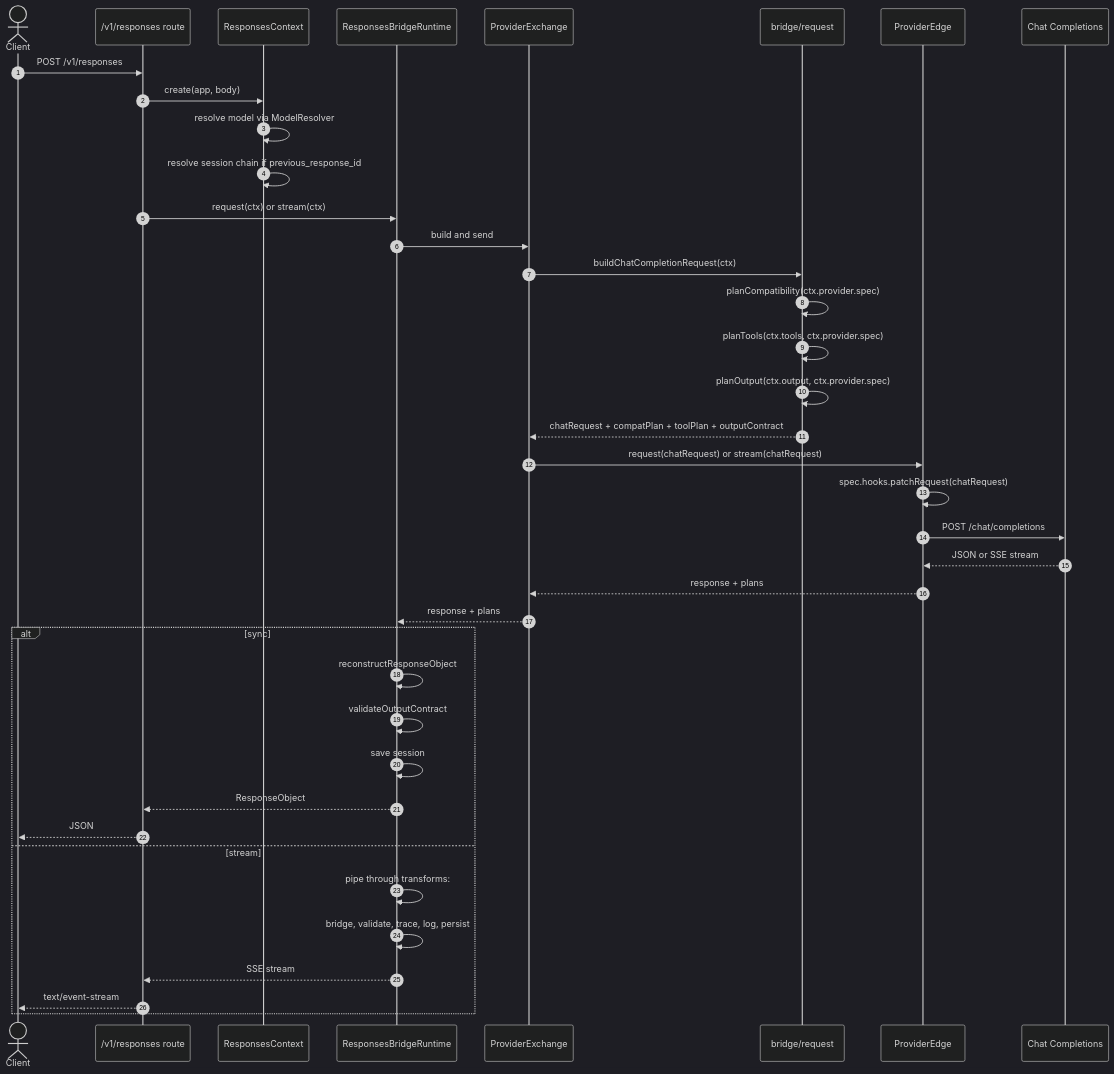
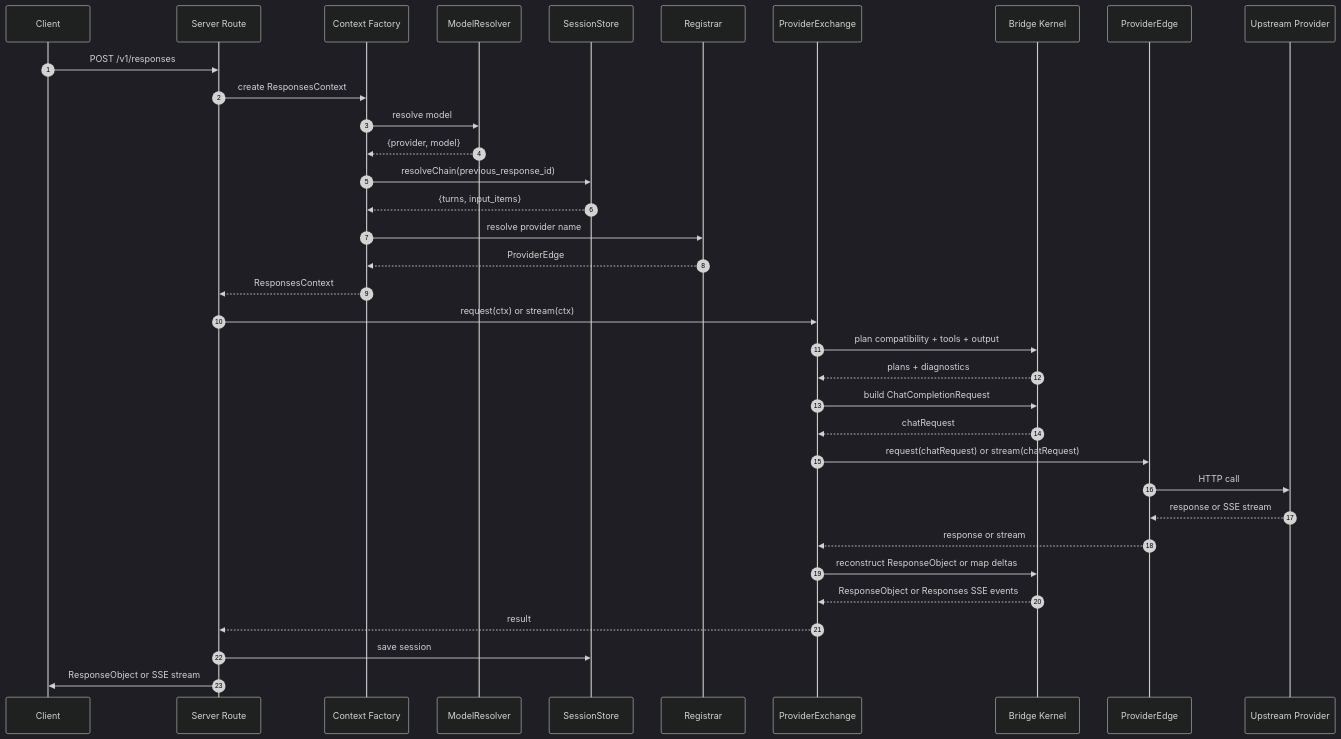
Before and after one commit to zamelee/GodeX: the second of 3 diagrams in wiki/onboarding/staff-engineer-guide.md, drawn with Mermaid (dark theme). The commit also changed other lines of this file and 120 other files, not shown here.

Commit message:
docs: comprehensive VitePress wiki with dark theme, EN/ZH sync, and Mermaid fixes (#118)

````diff
--- a/wiki/onboarding/staff-engineer-guide.md
+++ b/wiki/onboarding/staff-engineer-guide.md
@@ -214,42 +206,39 @@
 ```mermaid
 sequenceDiagram
   autonumber
-  actor Client
-  participant Route as /v1/responses route
-  participant Ctx as ResponsesContext
-  participant Runtime as ResponsesBridgeRuntime
-  participant Exchange as ProviderExchange
-  participant Bridge as bridge/request
-  participant Edge as ProviderEdge
-  participant Upstream as Chat Completions
+  participant C as Client
+  participant S as Server Route
+  participant PF as Context Factory
+  participant R as ModelResolver
+  participant SS as SessionStore
+  participant RG as Registrar
+  participant EX as ProviderExchange
+  participant BK as Bridge Kernel
+  participant PE as ProviderEdge
+  participant UP as Upstream Provider
 
-  Client->>Route: POST /v1/responses
-  Route->>Ctx: create(app, body)
-  Ctx->>Ctx: resolve model via ModelResolver
-  Ctx->>Ctx: resolve session chain if previous_response_id
-  Route->>Runtime: request(ctx) or stream(ctx)
-  Runtime->>Exchange: build and send
-  Exchange->>Bridge: buildChatCompletionRequest(ctx)
-  Bridge->>Bridge: planCompatibility(ctx.provider.spec)
-  Bridge->>Bridge: planTools(ctx.tools, ctx.provider.spec)
-  Bridge->>Bridge: planOutput(ctx.output, ctx.provider.spec)
-  Bridge-->>Exchange: chatRequest + compatPlan + toolPlan + outputContract
-  Exchange->>Edge: request(chatRequest) or stream(chatRequest)
-  Edge->>Edge: spec.hooks.patchRequest(chatRequest)
-  Edge->>Upstream: POST /chat/completions
-  Upstream-->>Edge: JSON or SSE stream
-  Edge-->>Exchange: response + plans
-  Exchange-->>Runtime: response + plans
-  alt sync
-    Runtime->>Runtime: reconstructResponseObject
-    Runtime->>Runtime: validateOutputContract
-    Runtime->>Runtime: save session
-    Runtime-->>Route: ResponseObject
-    Route-->>Client: JSON
-  else stream
-    Runtime->>Runtime: pipe through transforms:
-    Runtime->>Runtime: bridge, validate, trace, log, persist
-    Runtime-->>Route: SSE stream
-    Route-->>Client: text/event-stream
-  end
+  C->>S: POST /v1/responses
+  S->>PF: create ResponsesContext
+  PF->>R: resolve model
+  R-->>PF: {provider, model}
+  PF->>SS: resolveChain(previous_response_id)
+  SS-->>PF: {turns, input_items}
+  PF->>RG: resolve provider name
+  RG-->>PF: ProviderEdge
+  PF-->>S: ResponsesContext
+
+  S->>EX: request(ctx) or stream(ctx)
+  EX->>BK: plan compatibility + tools + output
+  BK-->>EX: plans + diagnostics
+  EX->>BK: build ChatCompletionRequest
+  BK-->>EX: chatRequest
+  EX->>PE: request(chatRequest) or stream(chatRequest)
+  PE->>UP: HTTP call
+  UP-->>PE: response or SSE stream
+  PE-->>EX: response or stream
+  EX->>BK: reconstruct ResponseObject or map deltas
+  BK-->>EX: ResponseObject or Responses SSE events
+  EX-->>S: result
+  S->>SS: save session
+  S->>C: ResponseObject or SSE stream
 ```
````
